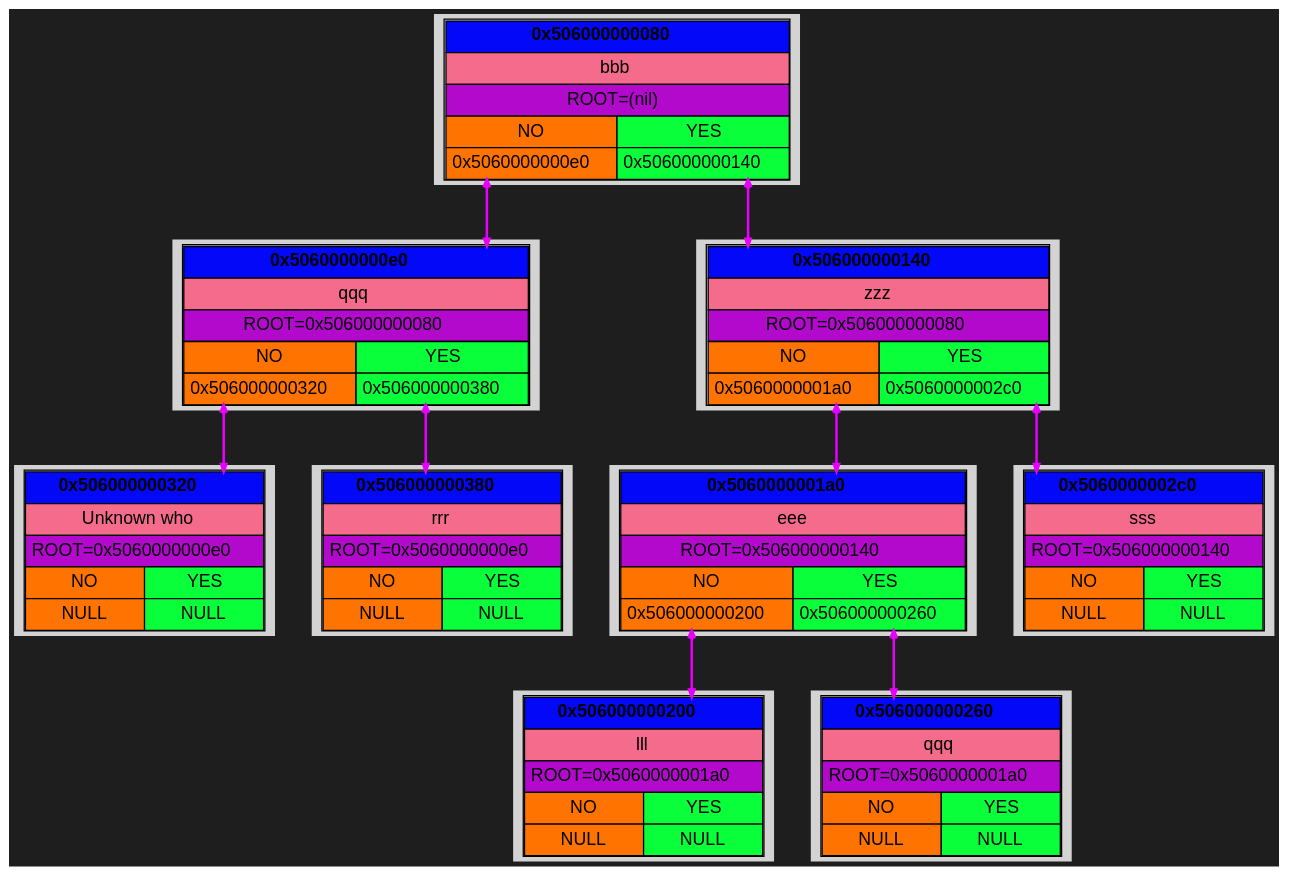
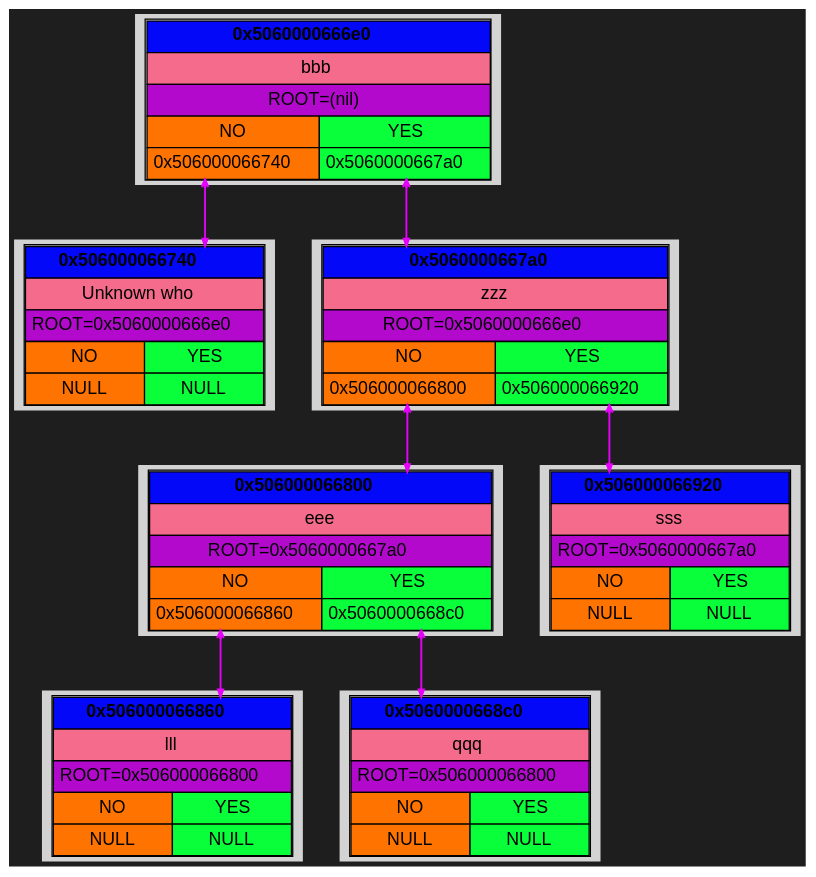
Before and after one commit to Kabuto-Mainer/Akinator: the diagram in DUMPS/DUMP_1/graph.dot, drawn with Graphviz. The commit also changed 75 other files, not shown here.

```diff
--- a/DUMPS/DUMP_1/graph.dot
+++ b/DUMPS/DUMP_1/graph.dot
@@ -1,127 +1,101 @@
 digraph {
   rankdir=UD;
   bgcolor="#1e1e1e"
   splines=ortho;
   nodesep=0.4;
   ranksep=0.6;
   node [shape=plaintext, style=filled, fontname="Helvetica"];
   edge [arrowhead=vee, arrowsize=0.6, penwidth=1.2];
 
-block_0x506000000320 [label=<
+block_0x506000066740 [label=<
 <TABLE CELLSPACING="0" CELLPADDING="4">
-<TR><TD PORT="root" BGCOLOR="#0308f9ff" COLSPAN="2"><B>0x506000000320</B></TD></TR>
+<TR><TD PORT="root" BGCOLOR="#0308f9ff" COLSPAN="2"><B>0x506000066740</B></TD></TR>
 <TR><TD BGCOLOR="#f46b8bff" COLSPAN="2">Unknown who</TD></TR>
-<TR><TD BGCOLOR="#b209ccff" COLSPAN="2">ROOT=0x5060000000e0</TD></TR>
+<TR><TD BGCOLOR="#b209ccff" COLSPAN="2">ROOT=0x5060000666e0</TD></TR>
 <TR><TD BGCOLOR="#ff7301ff">NO</TD><TD BGCOLOR="#08ff3aff">YES</TD></TR>
 <TR>
 <TD PORT="left" BGCOLOR="#ff7301ff">NULL</TD>
 <TD PORT="right" BGCOLOR="#08ff3aff">NULL</TD>
 </TR>
 </TABLE> >];
 
-block_0x506000000380 [label=<
+block_0x506000066860 [label=<
 <TABLE CELLSPACING="0" CELLPADDING="4">
-<TR><TD PORT="root" BGCOLOR="#0308f9ff" COLSPAN="2"><B>0x506000000380</B></TD></TR>
-<TR><TD BGCOLOR="#f46b8bff" COLSPAN="2">rrr</TD></TR>
-<TR><TD BGCOLOR="#b209ccff" COLSPAN="2">ROOT=0x5060000000e0</TD></TR>
+<TR><TD PORT="root" BGCOLOR="#0308f9ff" COLSPAN="2"><B>0x506000066860</B></TD></TR>
+<TR><TD BGCOLOR="#f46b8bff" COLSPAN="2">lll</TD></TR>
+<TR><TD BGCOLOR="#b209ccff" COLSPAN="2">ROOT=0x506000066800</TD></TR>
 <TR><TD BGCOLOR="#ff7301ff">NO</TD><TD BGCOLOR="#08ff3aff">YES</TD></TR>
 <TR>
 <TD PORT="left" BGCOLOR="#ff7301ff">NULL</TD>
 <TD PORT="right" BGCOLOR="#08ff3aff">NULL</TD>
 </TR>
 </TABLE> >];
 
-block_0x5060000000e0 [label=<
+block_0x5060000668c0 [label=<
 <TABLE CELLSPACING="0" CELLPADDING="4">
-<TR><TD PORT="root" BGCOLOR="#0308f9ff" COLSPAN="2"><B>0x5060000000e0</B></TD></TR>
+<TR><TD PORT="root" BGCOLOR="#0308f9ff" COLSPAN="2"><B>0x5060000668c0</B></TD></TR>
 <TR><TD BGCOLOR="#f46b8bff" COLSPAN="2">qqq</TD></TR>
-<TR><TD BGCOLOR="#b209ccff" COLSPAN="2">ROOT=0x506000000080</TD></TR>
-<TR><TD BGCOLOR="#ff7301ff">NO</TD><TD BGCOLOR="#08ff3aff">YES</TD></TR>
-<TR>
-<TD PORT="left" BGCOLOR="#ff7301ff">0x506000000320</TD>
-<TD PORT="right" BGCOLOR="#08ff3aff">0x506000000380</TD>
-</TR>
-</TABLE> >];
-
-block_0x506000000200 [label=<
-<TABLE CELLSPACING="0" CELLPADDING="4">
-<TR><TD PORT="root" BGCOLOR="#0308f9ff" COLSPAN="2"><B>0x506000000200</B></TD></TR>
-<TR><TD BGCOLOR="#f46b8bff" COLSPAN="2">lll</TD></TR>
-<TR><TD BGCOLOR="#b209ccff" COLSPAN="2">ROOT=0x5060000001a0</TD></TR>
+<TR><TD BGCOLOR="#b209ccff" COLSPAN="2">ROOT=0x506000066800</TD></TR>
 <TR><TD BGCOLOR="#ff7301ff">NO</TD><TD BGCOLOR="#08ff3aff">YES</TD></TR>
 <TR>
 <TD PORT="left" BGCOLOR="#ff7301ff">NULL</TD>
 <TD PORT="right" BGCOLOR="#08ff3aff">NULL</TD>
 </TR>
 </TABLE> >];
 
-block_0x506000000260 [label=<
+block_0x506000066800 [label=<
 <TABLE CELLSPACING="0" CELLPADDING="4">
-<TR><TD PORT="root" BGCOLOR="#0308f9ff" COLSPAN="2"><B>0x506000000260</B></TD></TR>
-<TR><TD BGCOLOR="#f46b8bff" COLSPAN="2">qqq</TD></TR>
-<TR><TD BGCOLOR="#b209ccff" COLSPAN="2">ROOT=0x5060000001a0</TD></TR>
+<TR><TD PORT="root" BGCOLOR="#0308f9ff" COLSPAN="2"><B>0x506000066800</B></TD></TR>
+<TR><TD BGCOLOR="#f46b8bff" COLSPAN="2">eee</TD></TR>
+<TR><TD BGCOLOR="#b209ccff" COLSPAN="2">ROOT=0x5060000667a0</TD></TR>
+<TR><TD BGCOLOR="#ff7301ff">NO</TD><TD BGCOLOR="#08ff3aff">YES</TD></TR>
+<TR>
+<TD PORT="left" BGCOLOR="#ff7301ff">0x506000066860</TD>
+<TD PORT="right" BGCOLOR="#08ff3aff">0x5060000668c0</TD>
+</TR>
+</TABLE> >];
+
+block_0x506000066920 [label=<
+<TABLE CELLSPACING="0" CELLPADDING="4">
+<TR><TD PORT="root" BGCOLOR="#0308f9ff" COLSPAN="2"><B>0x506000066920</B></TD></TR>
+<TR><TD BGCOLOR="#f46b8bff" COLSPAN="2">sss</TD></TR>
+<TR><TD BGCOLOR="#b209ccff" COLSPAN="2">ROOT=0x5060000667a0</TD></TR>
 <TR><TD BGCOLOR="#ff7301ff">NO</TD><TD BGCOLOR="#08ff3aff">YES</TD></TR>
 <TR>
 <TD PORT="left" BGCOLOR="#ff7301ff">NULL</TD>
 <TD PORT="right" BGCOLOR="#08ff3aff">NULL</TD>
 </TR>
 </TABLE> >];
 
-block_0x5060000001a0 [label=<
+block_0x5060000667a0 [label=<
 <TABLE CELLSPACING="0" CELLPADDING="4">
-<TR><TD PORT="root" BGCOLOR="#0308f9ff" COLSPAN="2"><B>0x5060000001a0</B></TD></TR>
-<TR><TD BGCOLOR="#f46b8bff" COLSPAN="2">eee</TD></TR>
-<TR><TD BGCOLOR="#b209ccff" COLSPAN="2">ROOT=0x506000000140</TD></TR>
+<TR><TD PORT="root" BGCOLOR="#0308f9ff" COLSPAN="2"><B>0x5060000667a0</B></TD></TR>
+<TR><TD BGCOLOR="#f46b8bff" COLSPAN="2">zzz</TD></TR>
+<TR><TD BGCOLOR="#b209ccff" COLSPAN="2">ROOT=0x5060000666e0</TD></TR>
 <TR><TD BGCOLOR="#ff7301ff">NO</TD><TD BGCOLOR="#08ff3aff">YES</TD></TR>
 <TR>
-<TD PORT="left" BGCOLOR="#ff7301ff">0x506000000200</TD>
-<TD PORT="right" BGCOLOR="#08ff3aff">0x506000000260</TD>
+<TD PORT="left" BGCOLOR="#ff7301ff">0x506000066800</TD>
+<TD PORT="right" BGCOLOR="#08ff3aff">0x506000066920</TD>
 </TR>
 </TABLE> >];
 
-block_0x5060000002c0 [label=<
+block_0x5060000666e0 [label=<
 <TABLE CELLSPACING="0" CELLPADDING="4">
-<TR><TD PORT="root" BGCOLOR="#0308f9ff" COLSPAN="2"><B>0x5060000002c0</B></TD></TR>
-<TR><TD BGCOLOR="#f46b8bff" COLSPAN="2">sss</TD></TR>
-<TR><TD BGCOLOR="#b209ccff" COLSPAN="2">ROOT=0x506000000140</TD></TR>
-<TR><TD BGCOLOR="#ff7301ff">NO</TD><TD BGCOLOR="#08ff3aff">YES</TD></TR>
-<TR>
-<TD PORT="left" BGCOLOR="#ff7301ff">NULL</TD>
-<TD PORT="right" BGCOLOR="#08ff3aff">NULL</TD>
-</TR>
-</TABLE> >];
-
-block_0x506000000140 [label=<
-<TABLE CELLSPACING="0" CELLPADDING="4">
-<TR><TD PORT="root" BGCOLOR="#0308f9ff" COLSPAN="2"><B>0x506000000140</B></TD></TR>
-<TR><TD BGCOLOR="#f46b8bff" COLSPAN="2">zzz</TD></TR>
-<TR><TD BGCOLOR="#b209ccff" COLSPAN="2">ROOT=0x506000000080</TD></TR>
-<TR><TD BGCOLOR="#ff7301ff">NO</TD><TD BGCOLOR="#08ff3aff">YES</TD></TR>
-<TR>
-<TD PORT="left" BGCOLOR="#ff7301ff">0x5060000001a0</TD>
-<TD PORT="right" BGCOLOR="#08ff3aff">0x5060000002c0</TD>
-</TR>
-</TABLE> >];
-
-block_0x506000000080 [label=<
-<TABLE CELLSPACING="0" CELLPADDING="4">
-<TR><TD PORT="root" BGCOLOR="#0308f9ff" COLSPAN="2"><B>0x506000000080</B></TD></TR>
+<TR><TD PORT="root" BGCOLOR="#0308f9ff" COLSPAN="2"><B>0x5060000666e0</B></TD></TR>
 <TR><TD BGCOLOR="#f46b8bff" COLSPAN="2">bbb</TD></TR>
 <TR><TD BGCOLOR="#b209ccff" COLSPAN="2">ROOT=(nil)</TD></TR>
 <TR><TD BGCOLOR="#ff7301ff">NO</TD><TD BGCOLOR="#08ff3aff">YES</TD></TR>
 <TR>
-<TD PORT="left" BGCOLOR="#ff7301ff">0x5060000000e0</TD>
-<TD PORT="right" BGCOLOR="#08ff3aff">0x506000000140</TD>
+<TD PORT="left" BGCOLOR="#ff7301ff">0x506000066740</TD>
+<TD PORT="right" BGCOLOR="#08ff3aff">0x5060000667a0</TD>
 </TR>
 </TABLE> >];
 
-block_0x5060000000e0:right -> block_0x506000000380:root [color="#e501faff", penwidth = 2, arrowsize = 0.6, constraint = true, dir = both];
-block_0x5060000000e0:left -> block_0x506000000320:root [color="#e501faff", penwidth = 2, arrowsize = 0.6, constraint = true, dir = both];
-block_0x5060000001a0:right -> block_0x506000000260:root [color="#e501faff", penwidth = 2, arrowsize = 0.6, constraint = true, dir = both];
-block_0x5060000001a0:left -> block_0x506000000200:root [color="#e501faff", penwidth = 2, arrowsize = 0.6, constraint = true, dir = both];
-block_0x506000000140:right -> block_0x5060000002c0:root [color="#e501faff", penwidth = 2, arrowsize = 0.6, constraint = true, dir = both];
-block_0x506000000140:left -> block_0x5060000001a0:root [color="#e501faff", penwidth = 2, arrowsize = 0.6, constraint = true, dir = both];
-block_0x506000000080:right -> block_0x506000000140:root [color="#e501faff", penwidth = 2, arrowsize = 0.6, constraint = true, dir = both];
-block_0x506000000080:left -> block_0x5060000000e0:root [color="#e501faff", penwidth = 2, arrowsize = 0.6, constraint = true, dir = both];
+block_0x506000066800:right -> block_0x5060000668c0:root [color="#e501faff", penwidth = 1.5, arrowsize = 0.6, constraint = true, dir = both];
+block_0x506000066800:left -> block_0x506000066860:root [color="#e501faff", penwidth = 1.5, arrowsize = 0.6, constraint = true, dir = both];
+block_0x5060000667a0:right -> block_0x506000066920:root [color="#e501faff", penwidth = 1.5, arrowsize = 0.6, constraint = true, dir = both];
+block_0x5060000667a0:left -> block_0x506000066800:root [color="#e501faff", penwidth = 1.5, arrowsize = 0.6, constraint = true, dir = both];
+block_0x5060000666e0:right -> block_0x5060000667a0:root [color="#e501faff", penwidth = 1.5, arrowsize = 0.6, constraint = true, dir = both];
+block_0x5060000666e0:left -> block_0x506000066740:root [color="#e501faff", penwidth = 1.5, arrowsize = 0.6, constraint = true, dir = both];
 
 }
```
